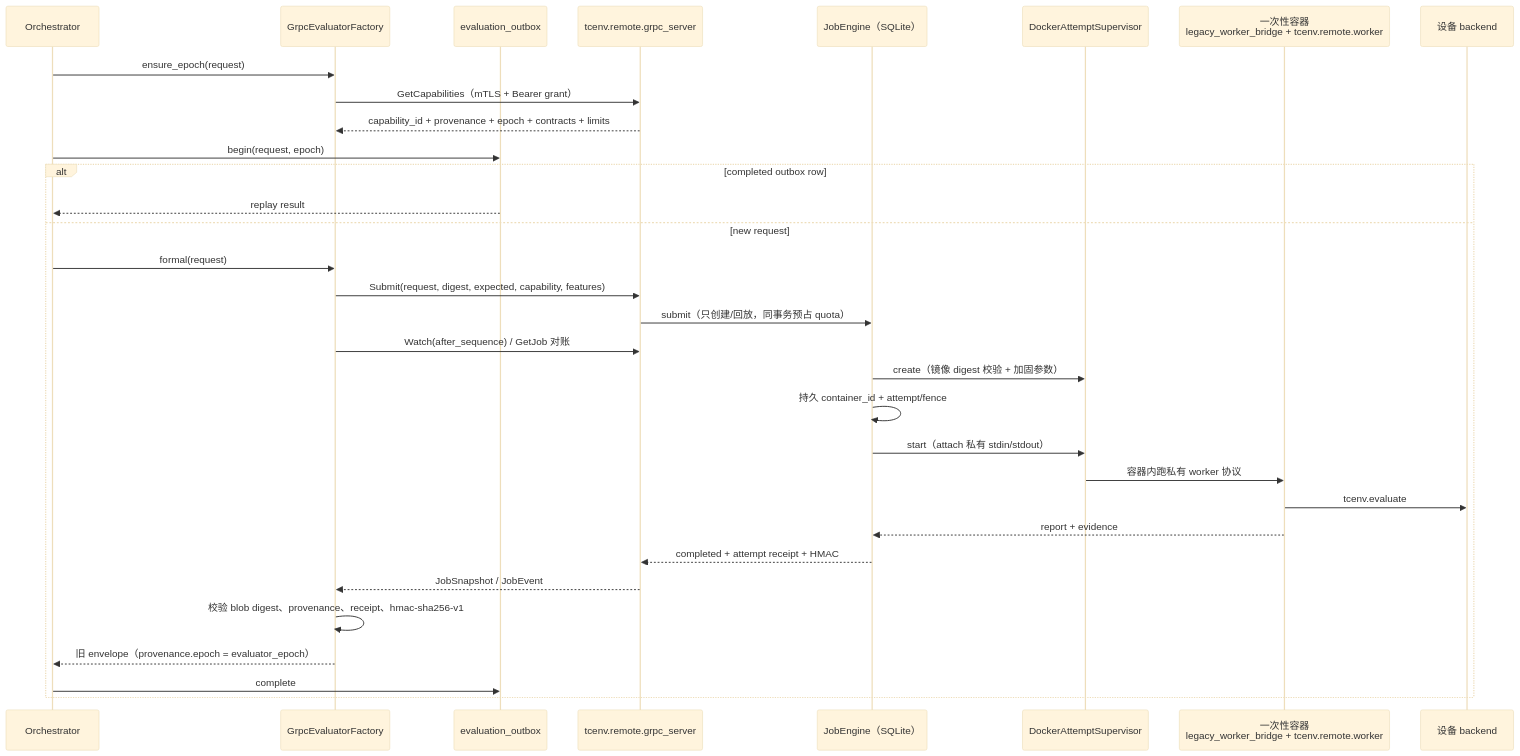
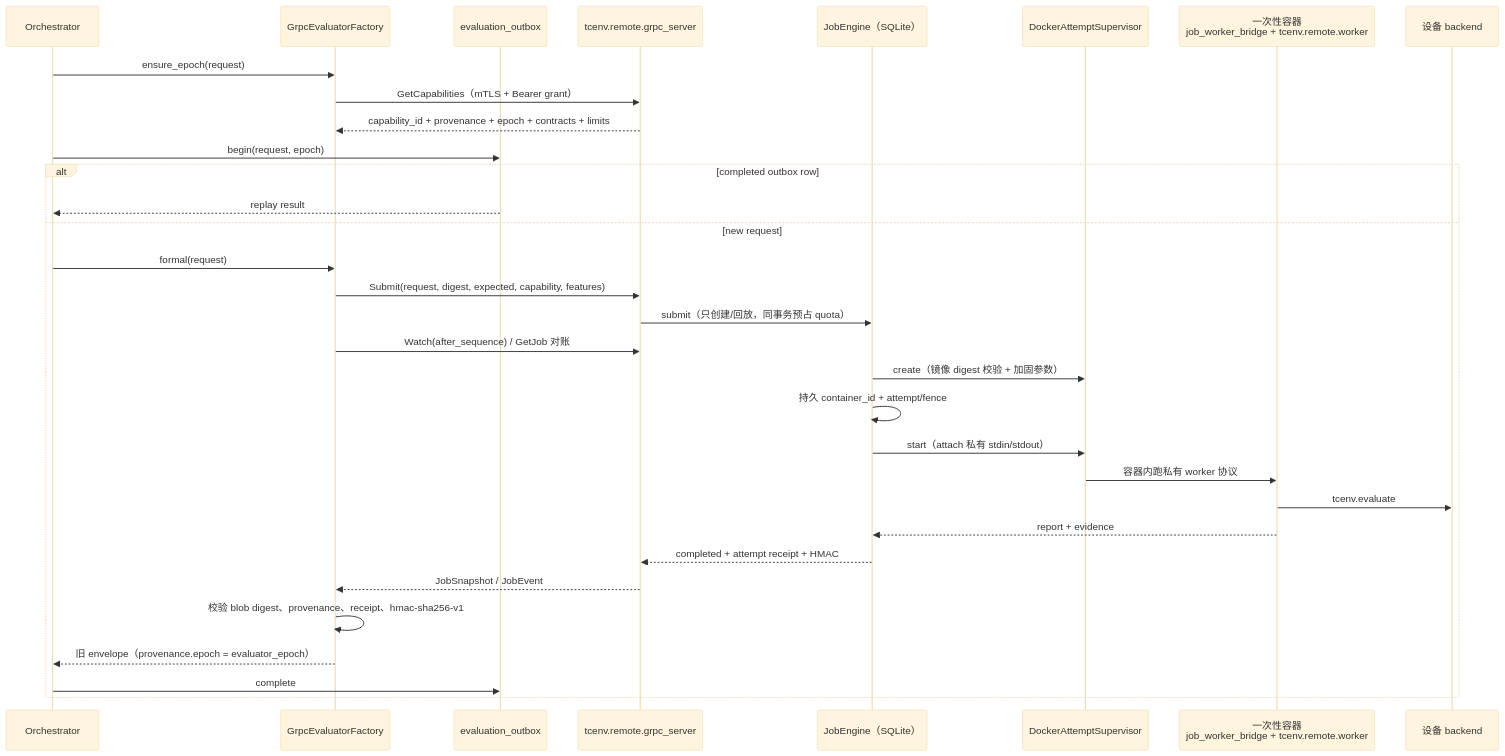
The third of 8 diagrams in docs/架构/执行运行时与设备扩展.md (kuafuwang/ShapeForge), drawn with Mermaid (base theme) before and after one commit. The commit also changed other lines of this file and 10 other files, not shown here.

````diff
--- a/docs/架构/执行运行时与设备扩展.md
+++ b/docs/架构/执行运行时与设备扩展.md
@@ -105,35 +104,35 @@
 ```mermaid
 sequenceDiagram
   participant O as Orchestrator
   participant F as GrpcEvaluatorFactory
   participant C as evaluation_outbox
   participant S as tcenv.remote.grpc_server
   participant E as JobEngine（SQLite）
   participant V as DockerAttemptSupervisor
-  participant W as 一次性容器<br/>legacy_worker_bridge + tcenv.remote.worker
+  participant W as 一次性容器<br/>job_worker_bridge + tcenv.remote.worker
   participant D as 设备 backend
 
   O->>F: ensure_epoch(request)
   F->>S: GetCapabilities（mTLS + Bearer grant）
   S-->>F: capability_id + provenance + epoch + contracts + limits
   O->>C: begin(request, epoch)
   alt completed outbox row
     C-->>O: replay result
   else new request
     O->>F: formal(request)
     F->>S: Submit(request, digest, expected, capability, features)
     S->>E: submit（只创建/回放，同事务预占 quota）
     F->>S: Watch(after_sequence) / GetJob 对账
     E->>V: create（镜像 digest 校验 + 加固参数）
     E->>E: 持久 container_id + attempt/fence
     E->>V: start（attach 私有 stdin/stdout）
     V->>W: 容器内跑私有 worker 协议
     W->>D: tcenv.evaluate
     W-->>E: report + evidence
     E-->>S: completed + attempt receipt + HMAC
     S-->>F: JobSnapshot / JobEvent
     F->>F: 校验 blob digest、provenance、receipt、hmac-sha256-v1
     F-->>O: 旧 envelope（provenance.epoch = evaluator_epoch）
     O->>C: complete
   end
 ```
````
